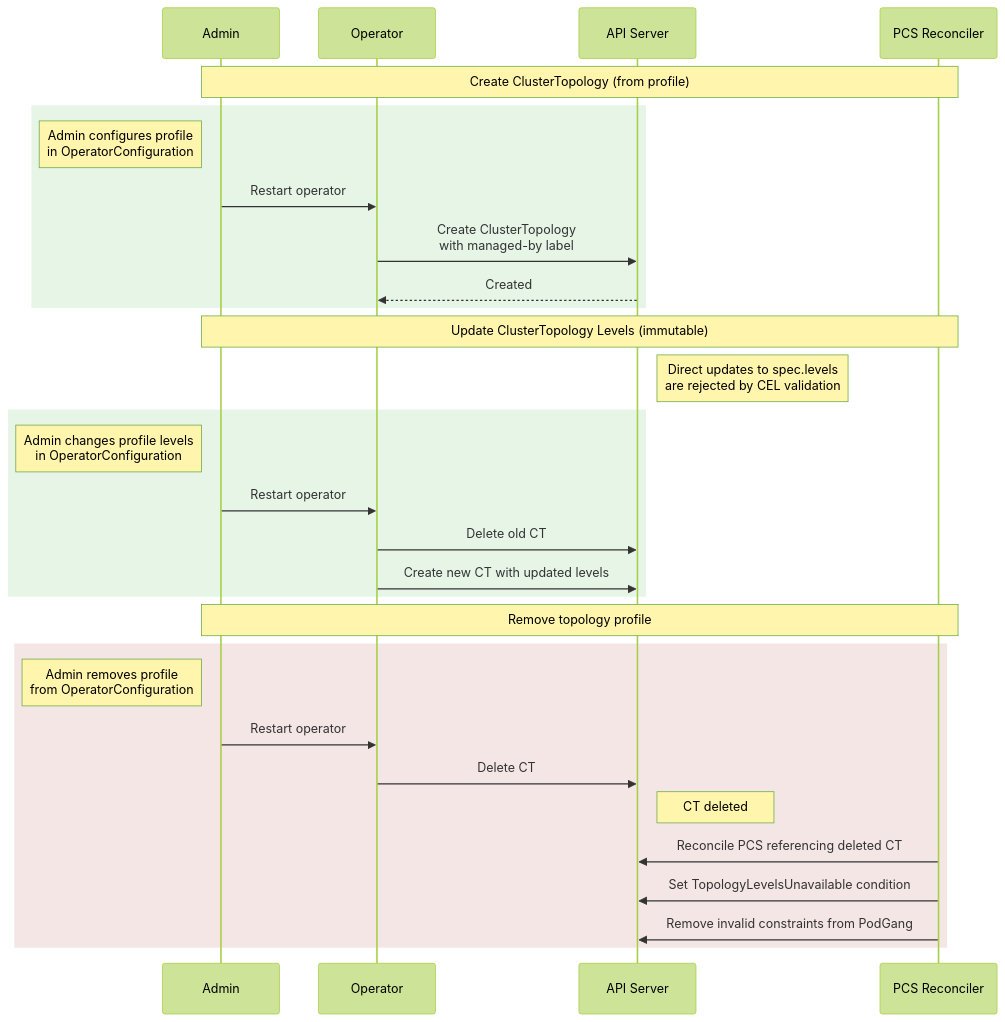
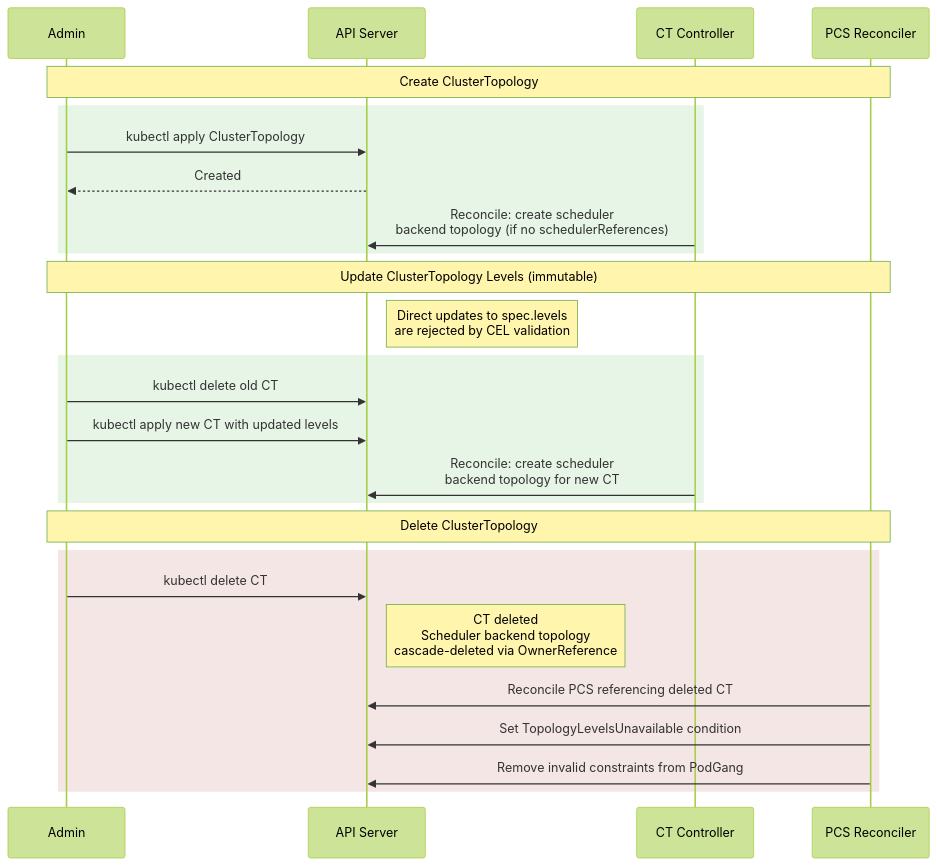
Before and after one commit to ai-dynamo/grove: the diagram in docs/proposals/244-topology-aware-scheduling/README.md, drawn with Mermaid (forest theme). The commit also changed other lines of this file and 3 other files, not shown here.

Commit message:
update design to admin created CRDs

````diff
--- a/docs/proposals/244-topology-aware-scheduling/README.md
+++ b/docs/proposals/244-topology-aware-scheduling/README.md
@@ -565,38 +553,34 @@
 ```mermaid
 sequenceDiagram
     participant Admin
-    participant Op as Operator
     participant API as API Server
+    participant Ctrl as CT Controller
     participant PCSRec as PCS Reconciler
 
-    Note over Admin, PCSRec: Create ClusterTopology (from profile)
+    Note over Admin, PCSRec: Create ClusterTopology
 
     rect rgb(230, 245, 230)
-        Note left of Admin: Admin configures profile<br/>in OperatorConfiguration
-        Admin->>Op: Restart operator
-        Op->>API: Create ClusterTopology<br/>with managed-by label
-        API-->>Op: Created
+        Admin->>API: kubectl apply ClusterTopology
+        API-->>Admin: Created
+        Ctrl->>API: Reconcile: create scheduler<br/>backend topology (if no schedulerReferences)
     end
 
     Note over Admin, PCSRec: Update ClusterTopology Levels (immutable)
 
     Note right of API: Direct updates to spec.levels<br/>are rejected by CEL validation
     rect rgb(230, 245, 230)
-        Note left of Admin: Admin changes profile levels<br/>in OperatorConfiguration
-        Admin->>Op: Restart operator
-        Op->>API: Delete old CT
-        Op->>API: Create new CT with updated levels
+        Admin->>API: kubectl delete old CT
+        Admin->>API: kubectl apply new CT with updated levels
+        Ctrl->>API: Reconcile: create scheduler<br/>backend topology for new CT
     end
 
-    Note over Admin, PCSRec: Remove topology profile
+    Note over Admin, PCSRec: Delete ClusterTopology
 
     rect rgb(245, 230, 230)
-        Note left of Admin: Admin removes profile<br/>from OperatorConfiguration
-        Admin->>Op: Restart operator
-        Op->>API: Delete CT
-        Note right of API: CT deleted
+        Admin->>API: kubectl delete CT
+        Note right of API: CT deleted<br/>Scheduler backend topology<br/>cascade-deleted via OwnerReference
         PCSRec->>API: Reconcile PCS referencing deleted CT
         PCSRec->>API: Set TopologyLevelsUnavailable condition
         PCSRec->>API: Remove invalid constraints from PodGang
     end
 ```
````
